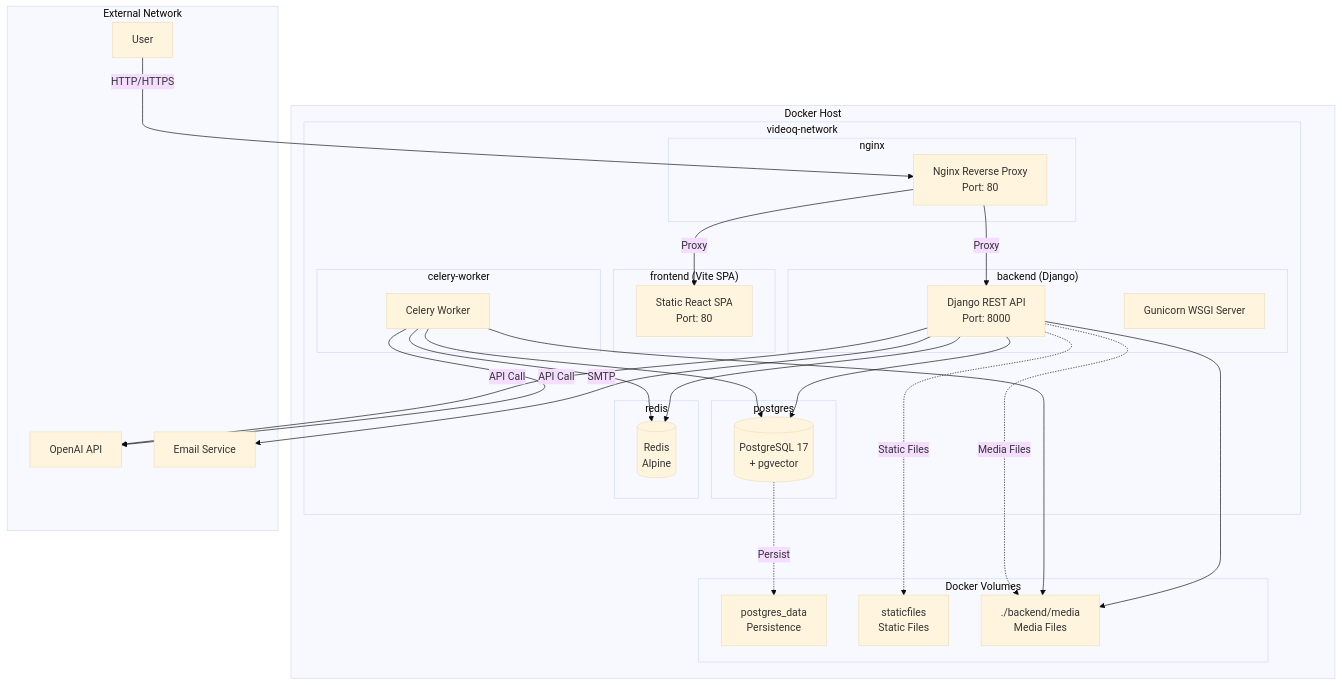
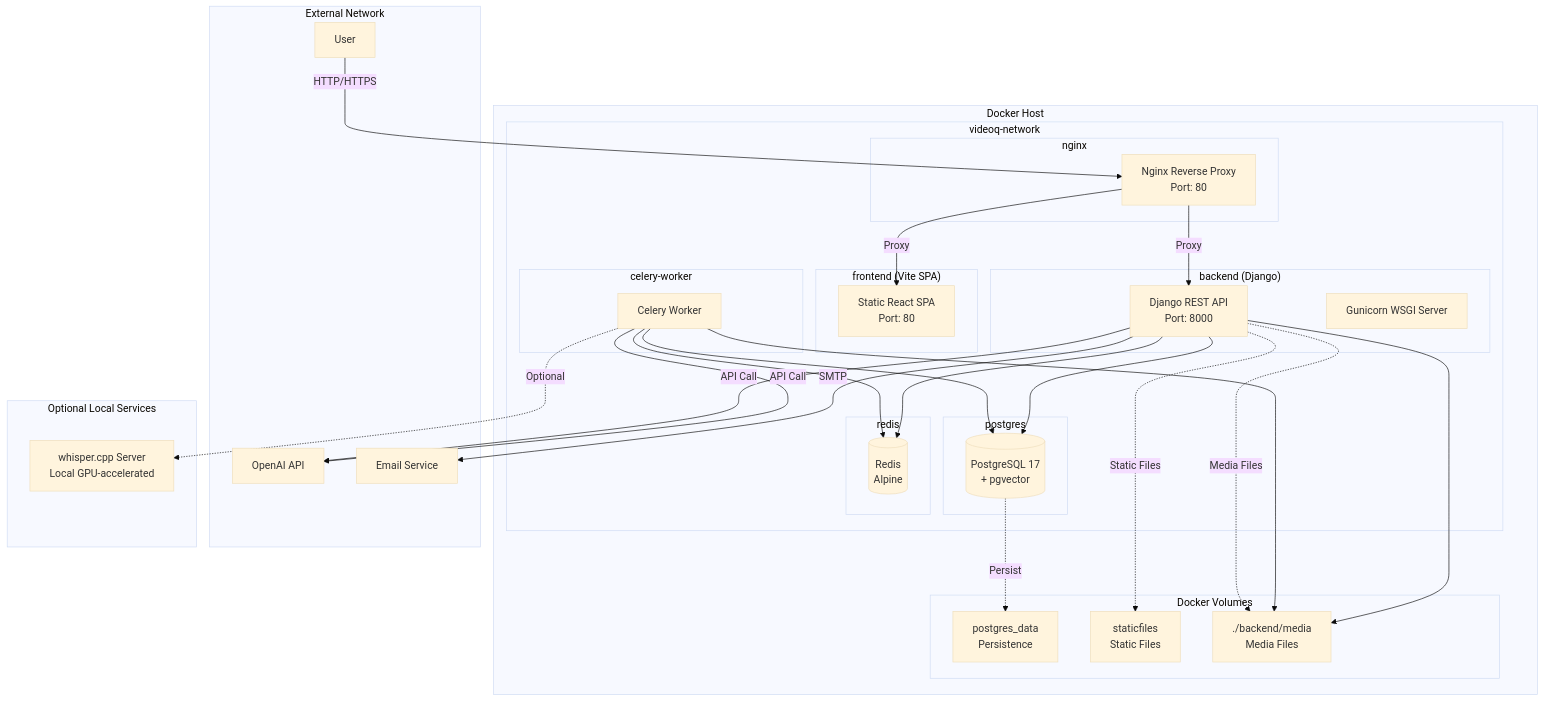
Before and after one commit to yukiharada1228/videoq: the first of 7 diagrams in docs/design/deployment-diagram.md, drawn with Mermaid (base theme). The commit also changed other lines of this file and 11 other files, not shown here.

````diff
--- a/docs/design/deployment-diagram.md
+++ b/docs/design/deployment-diagram.md
@@ -9,60 +9,65 @@
 ```mermaid
 graph TB
     subgraph DockerHost["Docker Host"]
         subgraph Network["videoq-network"]
             subgraph FrontendContainer["frontend (Vite SPA)"]
                 FrontendSPA[Static React SPA<br/>Port: 80]
             end
             
             subgraph BackendContainer["backend (Django)"]
                 Django[Django REST API<br/>Port: 8000]
                 Gunicorn[Gunicorn WSGI Server]
             end
             
             subgraph CeleryContainer["celery-worker"]
                 CeleryWorker[Celery Worker]
             end
             
             subgraph NginxContainer["nginx"]
                 Nginx[Nginx Reverse Proxy<br/>Port: 80]
             end
             
             subgraph PostgresContainer["postgres"]
                 PostgreSQL[(PostgreSQL 17<br/>+ pgvector)]
             end
             
             subgraph RedisContainer["redis"]
                 Redis[(Redis<br/>Alpine)]
             end
         end
         
         subgraph Volumes["Docker Volumes"]
             PostgresData[postgres_data<br/>Persistence]
             StaticFiles[staticfiles<br/>Static Files]
             MediaFiles[./backend/media<br/>Media Files]
         end
     end
     
     subgraph External["External Network"]
         User[User]
         OpenAI[OpenAI API]
         EmailService[Email Service]
     end
-    
+
+    subgraph LocalServices["Optional Local Services"]
+        WhisperLocal[whisper.cpp Server<br/>Local GPU-accelerated]
+    end
+
     User -->|HTTP/HTTPS| Nginx
     Nginx -->|Proxy| FrontendSPA
     Nginx -->|Proxy| Django
     Django --> PostgreSQL
     Django --> Redis
     Django --> MediaFiles
     CeleryWorker --> Redis
     CeleryWorker --> PostgreSQL
     CeleryWorker --> MediaFiles
     CeleryWorker -->|API Call| OpenAI
+    CeleryWorker -.->|Optional| WhisperLocal
     Django -->|API Call| OpenAI
     Django -->|SMTP| EmailService
     
     PostgreSQL -.->|Persist| PostgresData
     Django -.->|Static Files| StaticFiles
     Django -.->|Media Files| MediaFiles
 ```
````
